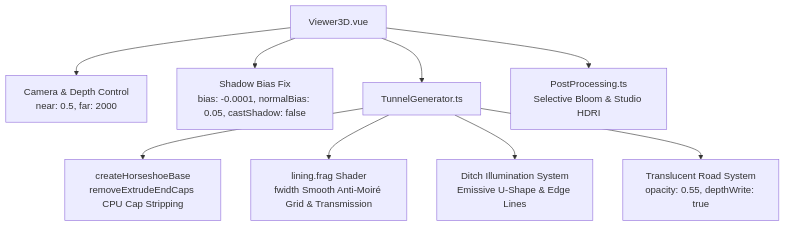
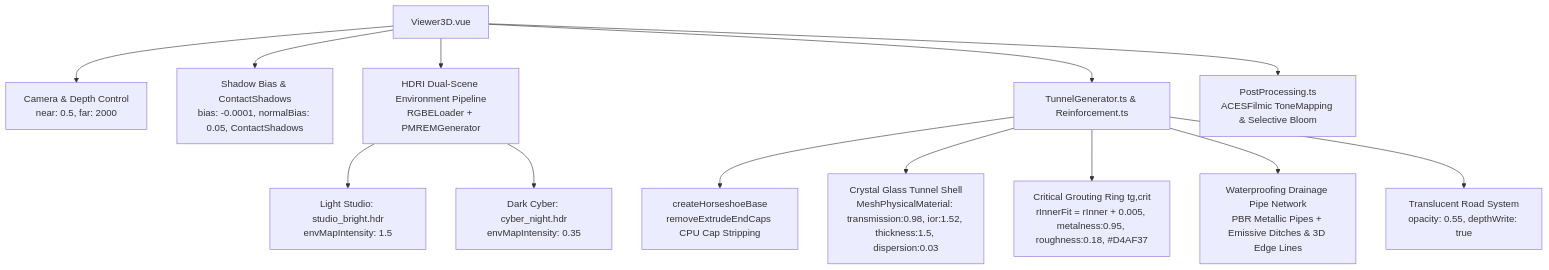
The diagram in 阶段4-第二次-3D材质灯光美化与排水沟高亮方案.md (TREYWANGCQU/on-a-Drainage-Adaptive-Platform), drawn with Mermaid before and after one commit. The commit also changed other lines of this file and 4 other files, not shown here.

````diff
--- a/阶段4-第二次-3D材质灯光美化与排水沟高亮方案.md
+++ b/阶段4-第二次-3D材质灯光美化与排水沟高亮方案.md
@@ -53,13 +101,19 @@
 ```mermaid
 graph TD
     A[Viewer3D.vue] --> B[Camera & Depth Control<br/>near: 0.5, far: 2000]
-    A --> C[Shadow Bias Fix<br/>bias: -0.0001, normalBias: 0.05, castShadow: false]
-    A --> D[TunnelGenerator.ts]
+    A --> C[Shadow Bias & ContactShadows<br/>bias: -0.0001, normalBias: 0.05, ContactShadows]
+    A --> D[HDRI Dual-Scene Environment Pipeline<br/>RGBELoader + PMREMGenerator]
     
-    D --> E[createHorseshoeBase<br/>removeExtrudeEndCaps CPU Cap Stripping]
-    D --> F[lining.frag Shader<br/>fwidth Smooth Anti-Moiré Grid & Transmission]
-    D --> G[Ditch Illumination System<br/>Emissive U-Shape & Edge Lines]
-    D --> H[Translucent Road System<br/>opacity: 0.55, depthWrite: true]
+    D --> E1[Light Studio: studio_bright.hdr<br/>envMapIntensity: 1.5]
+    D --> E2[Dark Cyber: cyber_night.hdr<br/>envMapIntensity: 0.35]
     
-    A --> I[PostProcessing.ts<br/>Selective Bloom & Studio HDRI]
+    A --> F[TunnelGenerator.ts & Reinforcement.ts]
+    
+    F --> G[createHorseshoeBase<br/>removeExtrudeEndCaps CPU Cap Stripping]
+    F --> H[Crystal Glass Tunnel Shell<br/>MeshPhysicalMaterial: transmission:0.98, ior:1.52, thickness:1.5, dispersion:0.03]
+    F --> I1[Critical Grouting Ring tg,crit<br/>rInnerFit = rInner + 0.005, metalness:0.95, roughness:0.18, #D4AF37]
+    F --> I2[Waterproofing Drainage Pipe Network<br/>PBR Metallic Pipes + Emissive Ditches & 3D Edge Lines]
+    F --> K[Translucent Road System<br/>opacity: 0.55, depthWrite: true]
+    
+    A --> L[PostProcessing.ts<br/>ACESFilmic ToneMapping & Selective Bloom]
 ```
````
